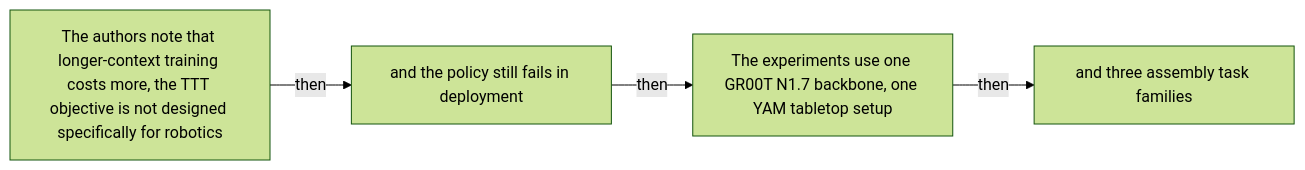
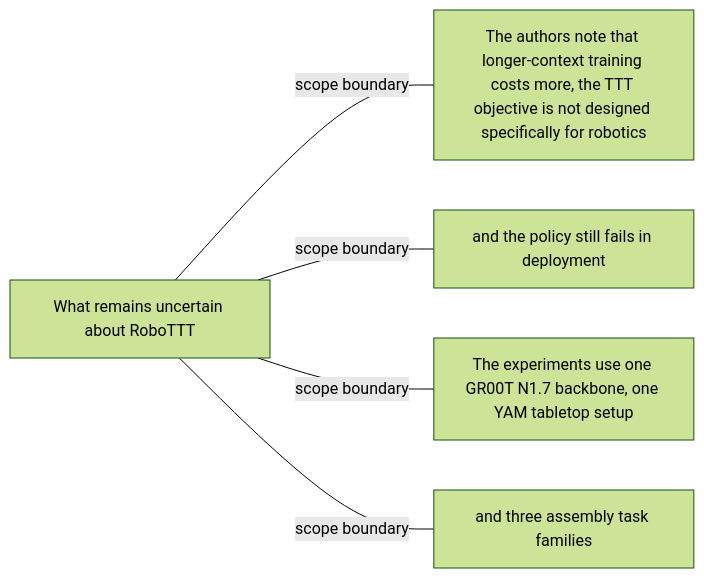
Before and after one commit to Betancourt1/paper_atlas: diagram 39 of 48 in docs/visual-manifests/VISUAL_MANIFEST_ROBOTT.md, drawn with Mermaid (forest theme). The commit also changed other lines of this file and 7 other files, not shown here.

````diff
--- a/docs/visual-manifests/VISUAL_MANIFEST_ROBOTT.md
+++ b/docs/visual-manifests/VISUAL_MANIFEST_ROBOTT.md
@@ -3291,10 +3291,12 @@
 ```mermaid
 flowchart LR
-  n1["The authors note that longer-context training costs more, the TTT objective is not designed specifically for robotics"]
-  n2["and the policy still fails in deployment"]
-  n3["The experiments use one GR00T N1.7 backbone, one YAM tabletop setup"]
-  n4["and three assembly task families"]
-  n1 -->|"then"| n2
-  n2 -->|"then"| n3
-  n3 -->|"then"| n4
+  center["What remains uncertain about RoboTTT"]
+  f1["The authors note that longer-context training costs more, the TTT objective is not designed specifically for robotics"]
+  f2["and the policy still fails in deployment"]
+  f3["The experiments use one GR00T N1.7 backbone, one YAM tabletop setup"]
+  f4["and three assembly task families"]
+  center ---|"scope boundary"| f1
+  center ---|"scope boundary"| f2
+  center ---|"scope boundary"| f3
+  center ---|"scope boundary"| f4
 ```
````
